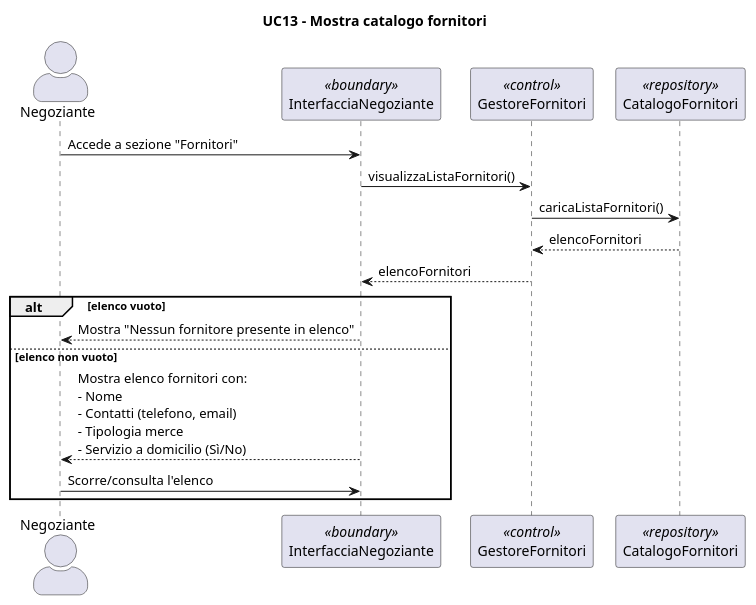
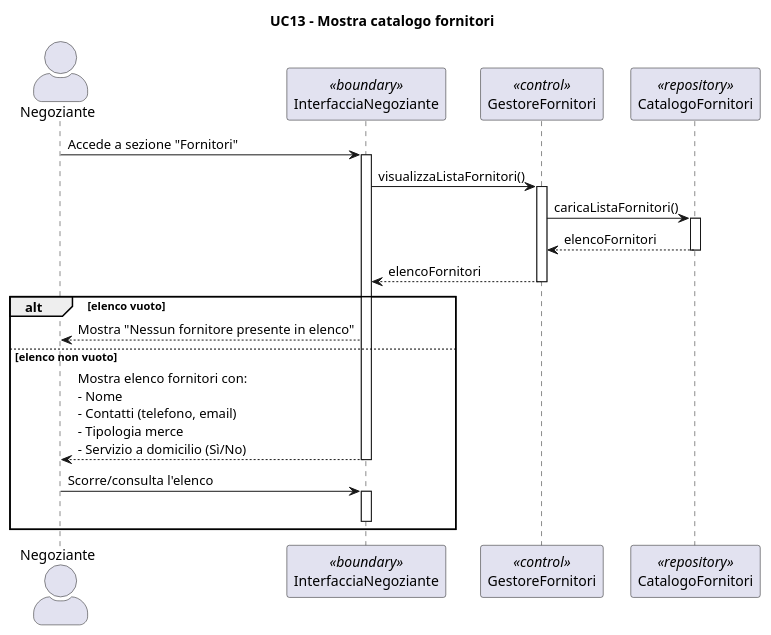
One commit to Samepsilon/FloWare changed the diagram in diagrammiUML/diagrammi di sequenza/UC13_Visualizzare_Catalogo_Fornitori.puml. Above: the diagram before and after it, drawn with PlantUML. The commit also changed 22 other files, not shown here.

Commit message:
put activate e deactivate on diagramm sequences

```diff
--- a/diagrammiUML/diagrammi di sequenza/UC13_Visualizzare_Catalogo_Fornitori.puml
+++ b/diagrammiUML/diagrammi di sequenza/UC13_Visualizzare_Catalogo_Fornitori.puml
@@ -1,24 +1,32 @@
 @startuml
 title UC13 - Mostra catalogo fornitori
 skinparam actorStyle awesome
 
 actor "Negoziante" as N
 participant "InterfacciaNegoziante" as IN <<boundary>>
 participant "GestoreFornitori" as G <<control>>
 participant "CatalogoFornitori" as CF <<repository>>
 
 N -> IN: Accede a sezione "Fornitori"
+activate IN
 IN -> G: visualizzaListaFornitori()
+activate G
 G -> CF: caricaListaFornitori()
+activate CF
 CF --> G: elencoFornitori
+deactivate CF
 G --> IN: elencoFornitori
-
+deactivate G
 alt elenco vuoto
     IN --> N: Mostra "Nessun fornitore presente in elenco"
     
 else elenco non vuoto
     IN --> N: Mostra elenco fornitori con:\n- Nome\n- Contatti (telefono, email)\n- Tipologia merce\n- Servizio a domicilio (Sì/No)
+    
+    deactivate IN
+    
     N -> IN: Scorre/consulta l'elenco
+    activate IN
+    deactivate IN
 end
-
 @enduml
```
